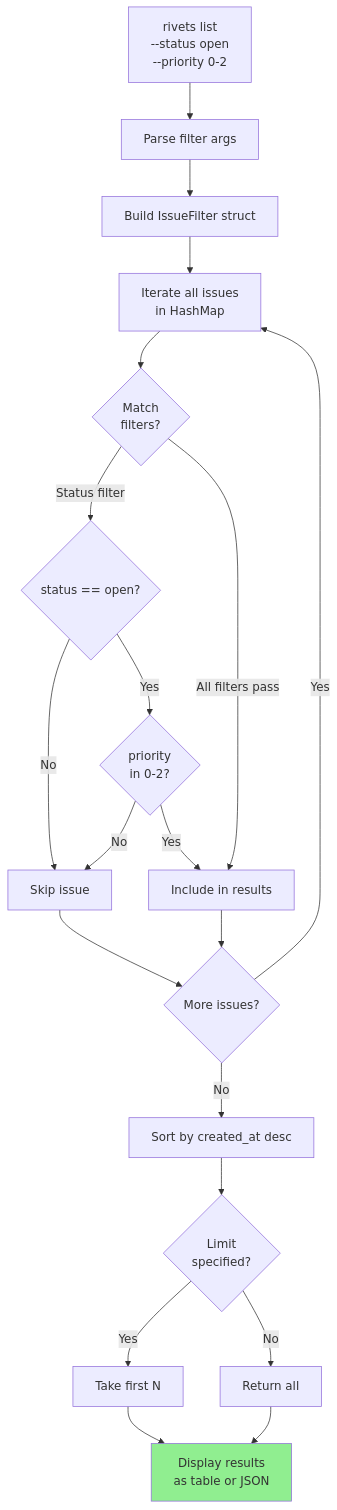
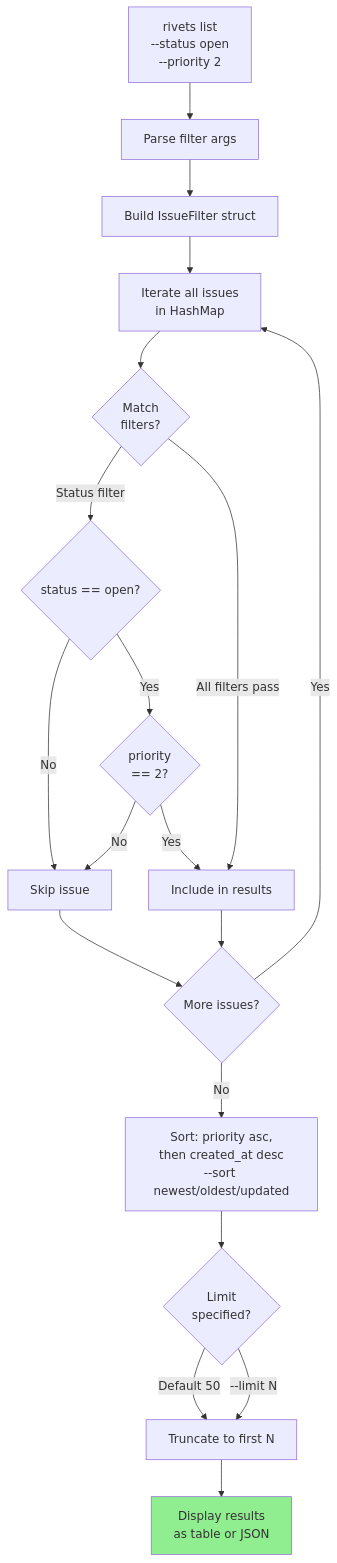
The fifth of 13 diagrams in docs/data-flow.md (dwalleck/rivets), drawn with Mermaid before and after one commit. The commit also changed other lines of this file and 4 other files, not shown here.

````diff
--- a/docs/data-flow.md
+++ b/docs/data-flow.md
@@ -128,30 +171,29 @@
 ```mermaid
 flowchart TD
-    Start[rivets list<br/>--status open<br/>--priority 0-2] --> ParseFilter[Parse filter args]
+    Start[rivets list<br/>--status open<br/>--priority 2] --> ParseFilter[Parse filter args]
     ParseFilter --> BuildFilter[Build IssueFilter struct]
 
     BuildFilter --> IterateIssues[Iterate all issues<br/>in HashMap]
 
     IterateIssues --> ApplyFilters{Match<br/>filters?}
     ApplyFilters -->|Status filter| CheckStatus{status == open?}
     CheckStatus -->|No| Skip[Skip issue]
     CheckStatus -->|Yes| CheckPriority
 
-    CheckPriority{priority<br/>in 0-2?} -->|No| Skip
+    CheckPriority{priority<br/>== 2?} -->|No| Skip
     CheckPriority -->|Yes| Include[Include in results]
 
     ApplyFilters -->|All filters pass| Include
     Skip --> MoreIssues{More issues?}
     Include --> MoreIssues
     MoreIssues -->|Yes| IterateIssues
     MoreIssues -->|No| Sort
 
-    Sort[Sort by created_at desc] --> Limit{Limit<br/>specified?}
-    Limit -->|Yes| TakeN[Take first N]
-    Limit -->|No| All[Return all]
+    Sort[Sort: priority asc,<br/>then created_at desc<br/>--sort newest/oldest/updated] --> Limit{Limit<br/>specified?}
+    Limit -->|Default 50| TakeN[Truncate to first N]
+    Limit -->|--limit N| TakeN
 
     TakeN --> Display[Display results<br/>as table or JSON]
-    All --> Display
 
     style Display fill:#90EE90
 ```
````
